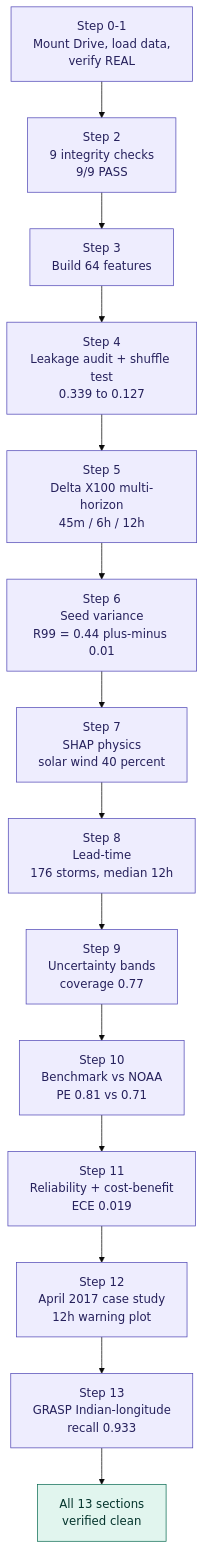
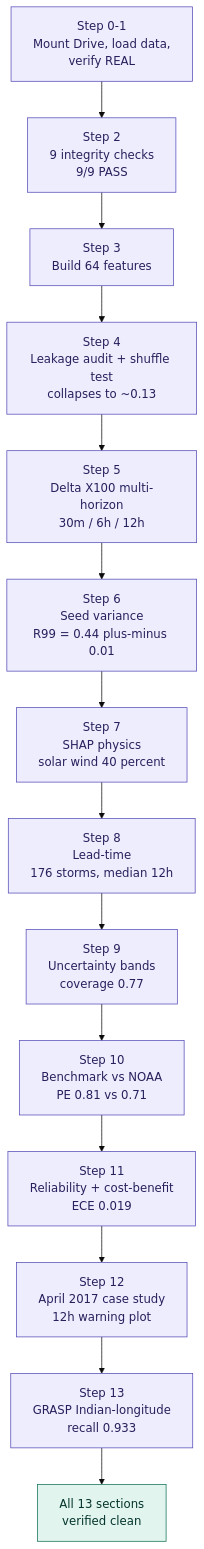
One commit to SHAURYASANYAL3/GEOshield changed the third of 5 diagrams in README.md. Above: the diagram before and after it, drawn with Mermaid (base theme). The commit also changed other lines of this file, not shown here.

````diff
--- a/README.md
+++ b/README.md
@@ -241,20 +243,20 @@
 ```mermaid
 flowchart TB
     S0["Step 0-1<br/>Mount Drive, load data,<br/>verify REAL"] --> S2["Step 2<br/>9 integrity checks<br/>9/9 PASS"]
     S2 --> S3["Step 3<br/>Build 64 features"]
-    S3 --> S4["Step 4<br/>Leakage audit + shuffle test<br/>0.339 to 0.127"]
-    S4 --> S5["Step 5<br/>Delta X100 multi-horizon<br/>45m / 6h / 12h"]
+    S3 --> S4["Step 4<br/>Leakage audit + shuffle test<br/>collapses to ~0.13"]
+    S4 --> S5["Step 5<br/>Delta X100 multi-horizon<br/>30m / 6h / 12h"]
     S5 --> S6["Step 6<br/>Seed variance<br/>R99 = 0.44 plus-minus 0.01"]
     S6 --> S7["Step 7<br/>SHAP physics<br/>solar wind 40 percent"]
     S7 --> S8["Step 8<br/>Lead-time<br/>176 storms, median 12h"]
     S8 --> S9["Step 9<br/>Uncertainty bands<br/>coverage 0.77"]
     S9 --> S10["Step 10<br/>Benchmark vs NOAA<br/>PE 0.81 vs 0.71"]
     S10 --> S11["Step 11<br/>Reliability + cost-benefit<br/>ECE 0.019"]
     S11 --> S12["Step 12<br/>April 2017 case study<br/>12h warning plot"]
     S12 --> S13["Step 13<br/>GRASP Indian-longitude<br/>recall 0.933"]
     S13 --> DONE["All 13 sections<br/>verified clean"]
     classDef step fill:#EEEDFE,stroke:#534AB7,color:#26215C
     classDef done fill:#E1F5EE,stroke:#0F6E56,color:#04342C
     class S0,S2,S3,S4,S5,S6,S7,S8,S9,S10,S11,S12,S13 step
     class DONE done
 ```
````
